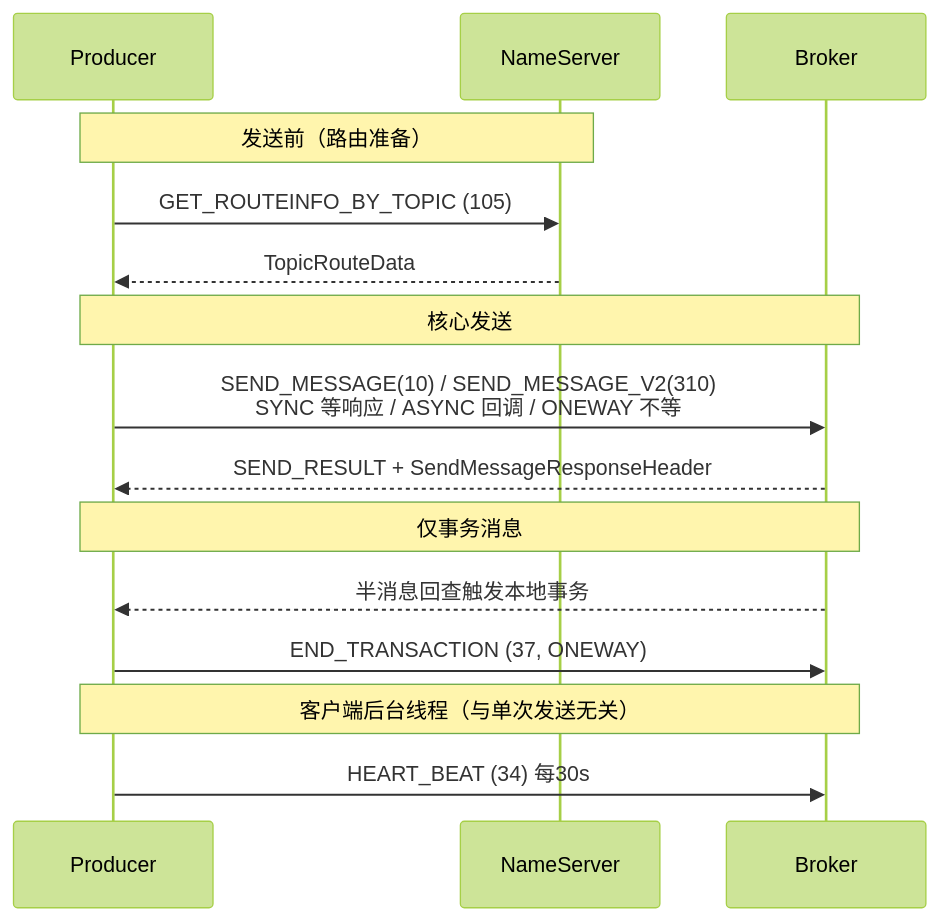
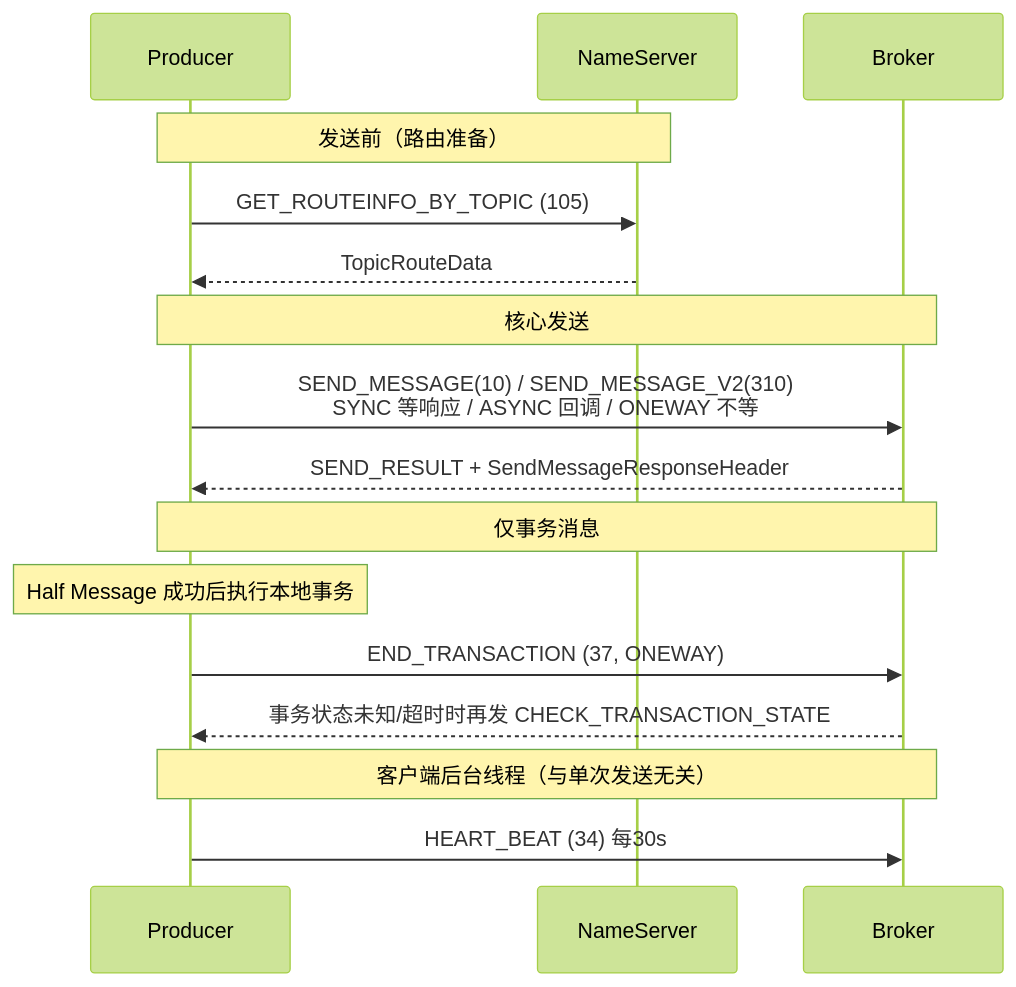
Before and after one commit to skt-shinyruo/rocketmq: the diagram in learning_notes/rocketmq_producer_broker_communication.md, drawn with Mermaid (forest theme). The commit also changed other lines of this file and 11 other files, not shown here.

````diff
--- a/learning_notes/rocketmq_producer_broker_communication.md
+++ b/learning_notes/rocketmq_producer_broker_communication.md
@@ -9,21 +9,22 @@
 ```mermaid
 sequenceDiagram
     participant P as Producer
     participant NS as NameServer
     participant B as Broker
 
     Note over P,NS: 发送前（路由准备）
     P->>NS: GET_ROUTEINFO_BY_TOPIC (105)
     NS-->>P: TopicRouteData
 
     Note over P,B: 核心发送
     P->>B: SEND_MESSAGE(10) / SEND_MESSAGE_V2(310)<br/>SYNC 等响应 / ASYNC 回调 / ONEWAY 不等
     B-->>P: SEND_RESULT + SendMessageResponseHeader
 
     Note over P,B: 仅事务消息
-    B-->>P: 半消息回查触发本地事务
+    Note over P: Half Message 成功后执行本地事务
     P->>B: END_TRANSACTION (37, ONEWAY)
+    B-->>P: 事务状态未知/超时时再发 CHECK_TRANSACTION_STATE
 
     Note over P,B: 客户端后台线程（与单次发送无关）
     P->>B: HEART_BEAT (34) 每30s
 ```
````
